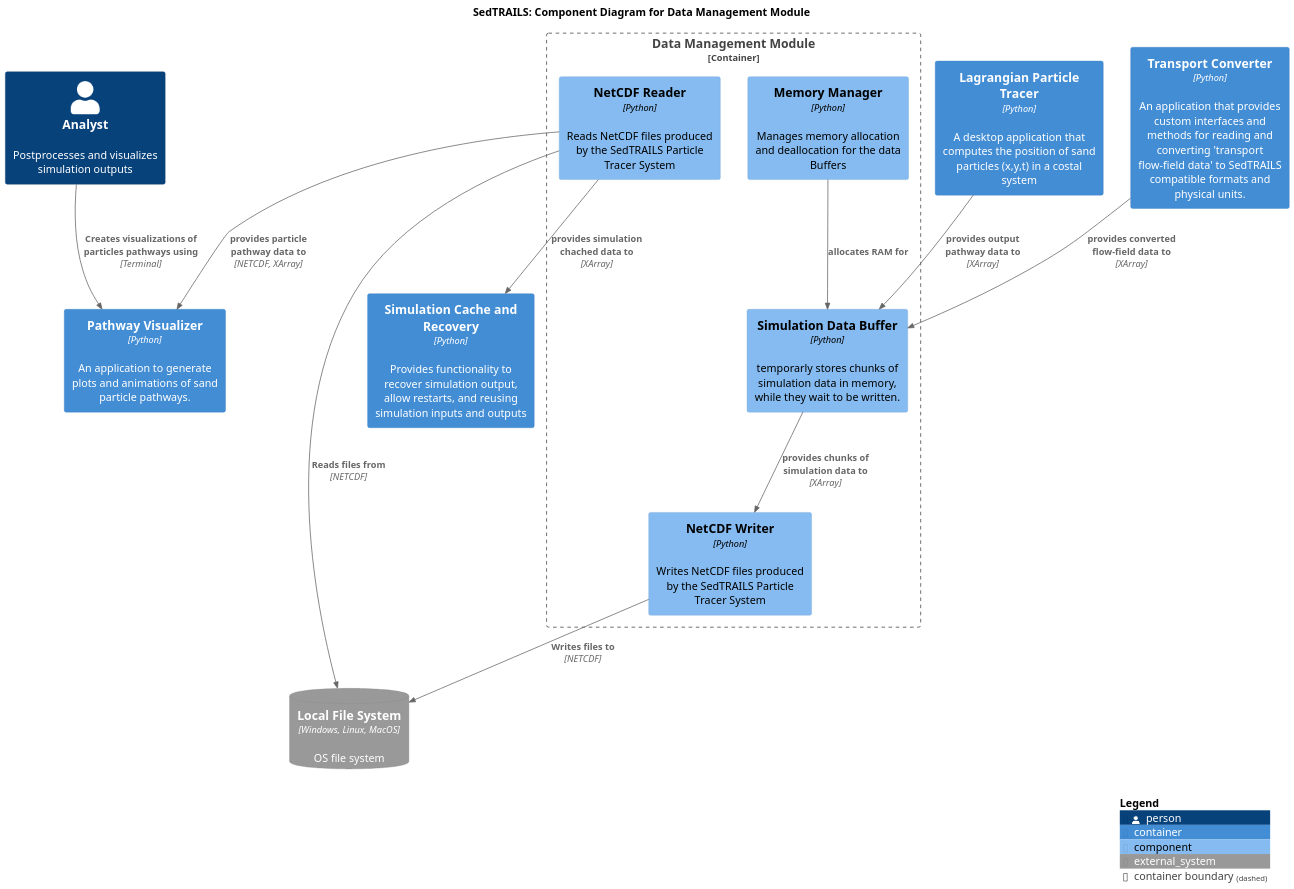
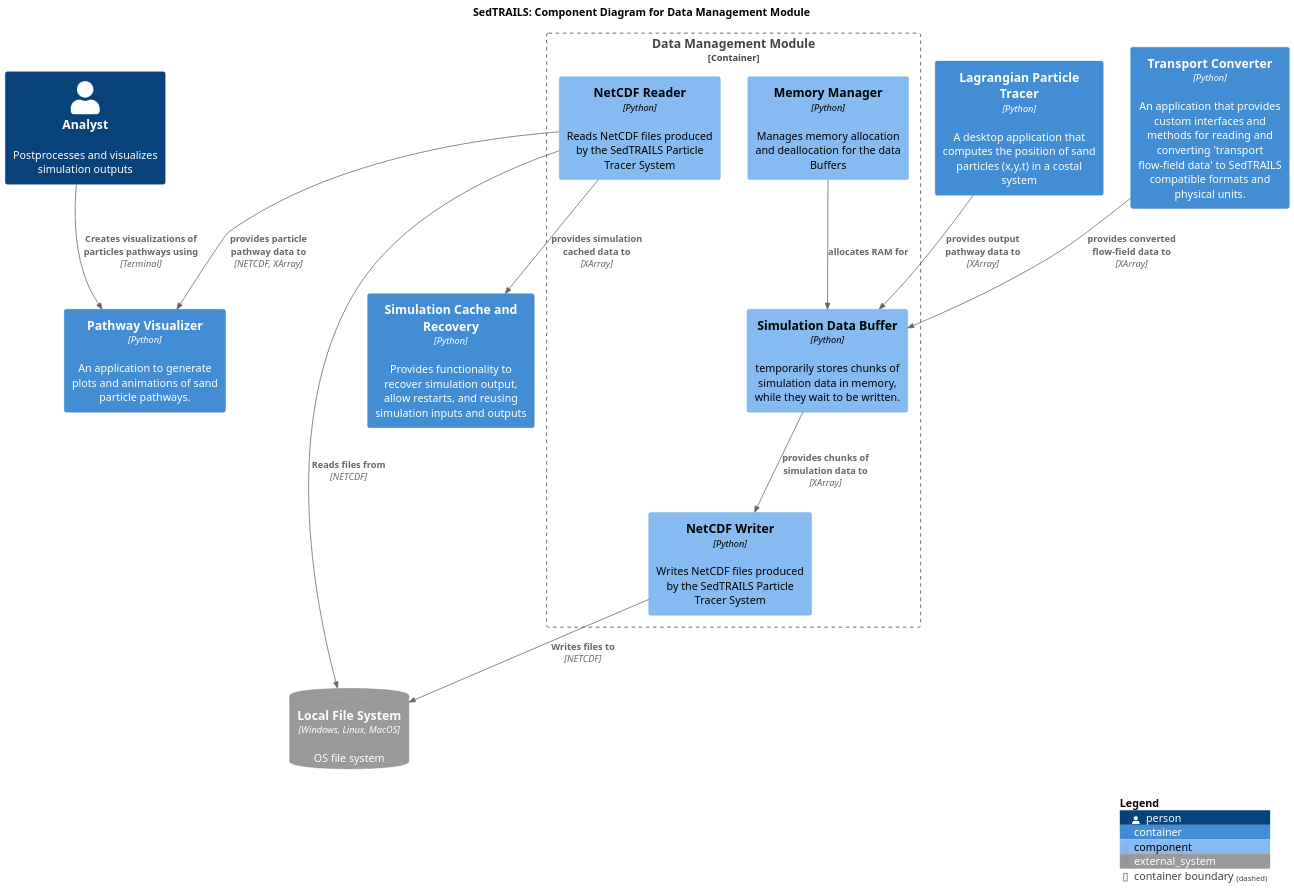
Before and after one commit to sgpearson17/sedtrails-sgp: the diagram in diagrams/components-data-app.puml, drawn with PlantUML. The commit also changed 14 other files, not shown here.

Commit message:
Fix typos in software diagrams and regenerate images

```diff
--- a/diagrams/components-data-app.puml
+++ b/diagrams/components-data-app.puml
@@ -1,43 +1,43 @@
 @startuml SedtrailComponentsDataManagement
 !include ./c4/C4_Component.puml
 
 ' LAYOUT_LANDSCAPE()
 
 title SedTRAILS: Component Diagram for Data Management Module
 scale 1.5
 
 Person(analyst, "Analyst", "Postprocesses and visualizes simulation outputs")
 
 Container(pathwayVisualizer, "Pathway Visualizer", "Python", "An application to generate plots and animations of sand particle pathways.")
 
 Container(cache, "Simulation Cache and Recovery", "Python", "Provides functionality to recover simulation output, allow restarts, and reusing simulation inputs and outputs")
 
 Container(particleTracer, "Lagrangian Particle Tracer", "Python", "A desktop application that computes the position of sand particles (x,y,t) in a costal system")
 
 Container(transportConverter, "Transport Converter", "Python", "An application that provides custom interfaces and methods for reading and converting 'transport flow-field data' to SedTRAILS compatible formats and physical units.")
 
 SystemDb_Ext(fileSystem, "Local File System", "OS file system", $type="Windows, Linux, MacOS")
 
-Container_Boundary(dataManager, "Data Management Module", "Python", "An application that manage data and files produced by the SedTRAILS Pacticle Tracer System"){
+Container_Boundary(dataManager, "Data Management Module", "Python", "An application that manage data and files produced by the SedTRAILS Particle Tracer System"){
     Component(fileReader, "NetCDF Reader", "Python", "Reads NetCDF files produced by the SedTRAILS Particle Tracer System")
     Component(fileWriter, "NetCDF Writer", "Python", "Writes NetCDF files produced by the SedTRAILS Particle Tracer System")
-    Component(simulBuffer, "Simulation Data Buffer", "Python", "temporarly stores chunks of simulation data in memory, while they wait to be written.")
+    Component(simulBuffer, "Simulation Data Buffer", "Python", "temporarily stores chunks of simulation data in memory, while they wait to be written.")
     Component(memoryManager, "Memory Manager", "Python", "Manages memory allocation and deallocation for the data Buffers")
 
     Rel(simulBuffer, fileWriter, "provides chunks of simulation data to", "XArray")
     Rel(memoryManager, simulBuffer, "allocates RAM for")
 }
 
 Rel(fileReader, fileSystem, "Reads files from", "NETCDF")
 Rel(fileWriter, fileSystem, "Writes files to", "NETCDF")
 
 Rel(transportConverter, simulBuffer, "provides converted flow-field data to", "XArray")
 Rel(particleTracer, simulBuffer, "provides output pathway data to", "XArray")
 
-Rel(fileReader, cache, "provides simulation chached data to", "XArray")
+Rel(fileReader, cache, "provides simulation cached data to", "XArray")
 
 Rel(fileReader, pathwayVisualizer, "provides particle pathway data to", "NETCDF, XArray")
 Rel(analyst, pathwayVisualizer, "Creates visualizations of particles pathways using", "Terminal")
 
 SHOW_LEGEND()
 @enduml
```
